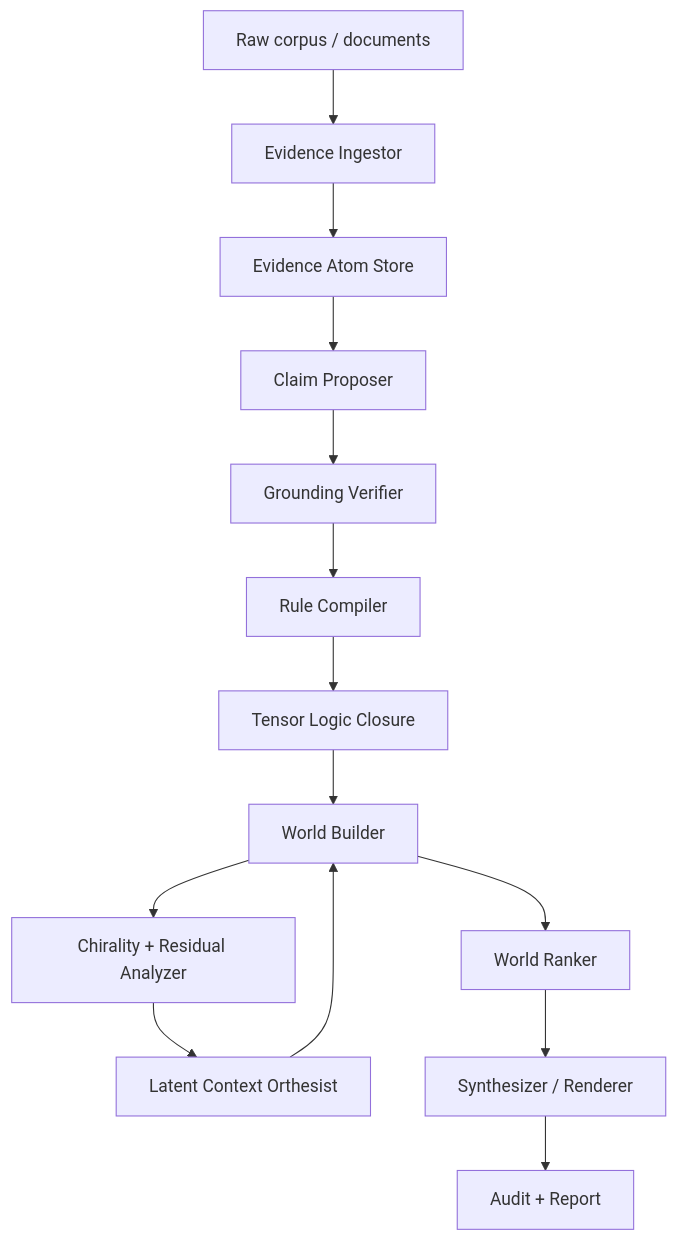
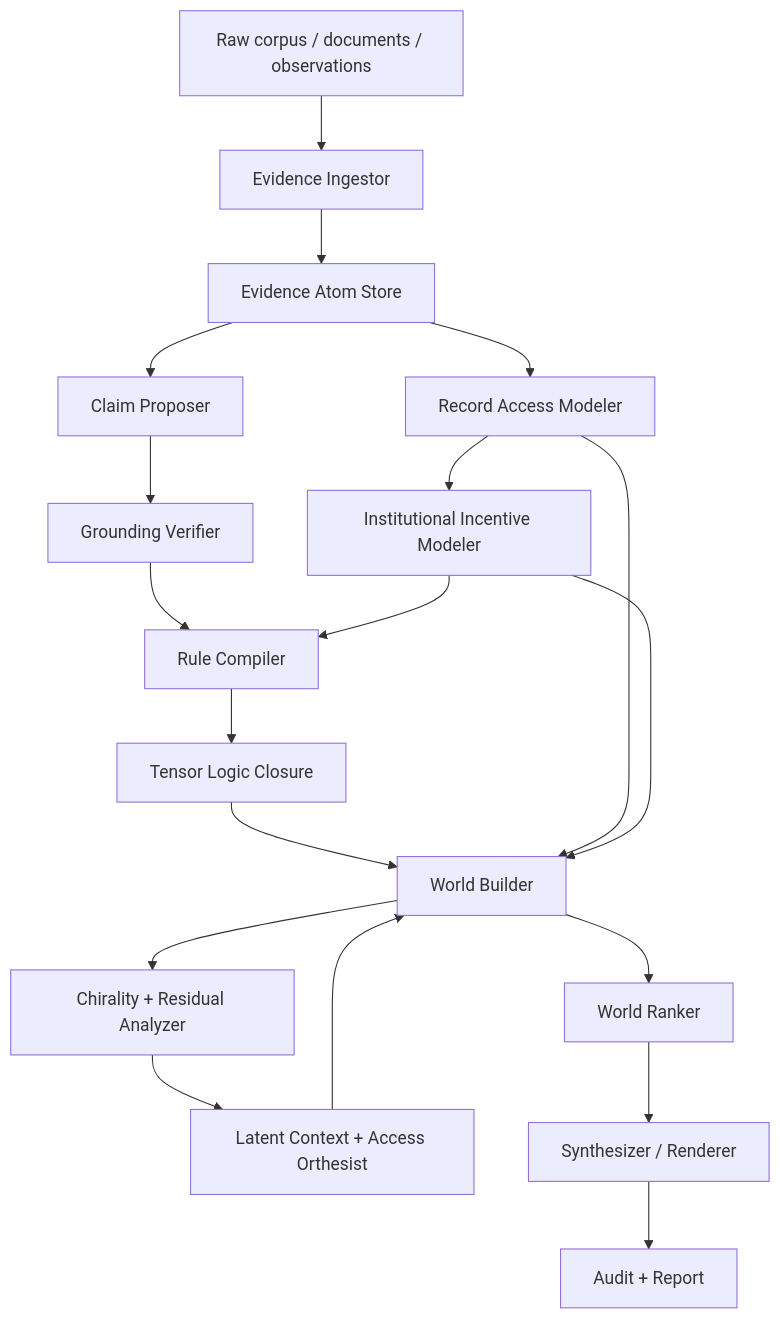
Before and after one commit to nshkrdotcom/docs: the diagram in cns/docs/04_system_architecture.md, drawn with Mermaid. The commit also changed other lines of this file and 50 other files, not shown here.

````diff
--- a/cns/docs/04_system_architecture.md
+++ b/cns/docs/04_system_architecture.md
@@ -5,16 +5,21 @@
 ```mermaid
 flowchart TD
-  A[Raw corpus / documents] --> B[Evidence Ingestor]
+  A[Raw corpus / documents / observations] --> B[Evidence Ingestor]
   B --> C[Evidence Atom Store]
   C --> D[Claim Proposer]
+  C --> RA[Record Access Modeler]
   D --> E[Grounding Verifier]
+  RA --> IM[Institutional Incentive Modeler]
   E --> F[Rule Compiler]
+  IM --> F
   F --> G[Tensor Logic Closure]
   G --> H[World Builder]
+  RA --> H
+  IM --> H
   H --> I[Chirality + Residual Analyzer]
-  I --> J[Latent Context Orthesist]
+  I --> J[Latent Context + Access Orthesist]
   J --> H
   H --> K[World Ranker]
   K --> L[Synthesizer / Renderer]
   L --> M[Audit + Report]
 ```
````
